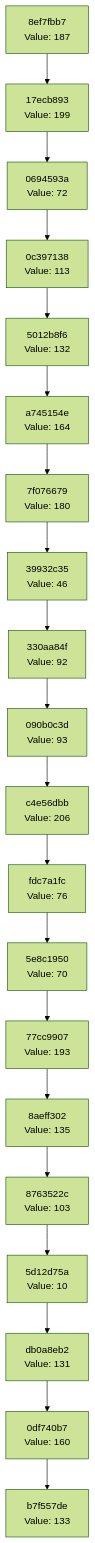
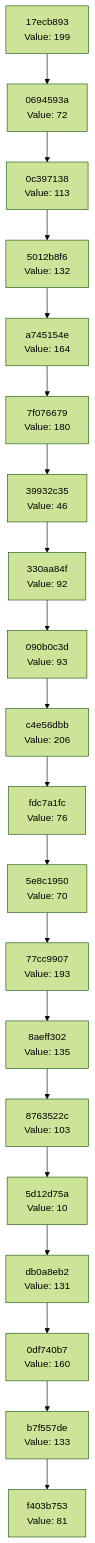
One commit to Abhisheksinha1506/hash-chain-evolver changed the diagram in docs/CHAIN_VISUALIZATION.md. Above: the diagram before and after it, drawn with Mermaid (forest theme). The commit also changed 2 other files, not shown here.

Commit message:
Evolution step: hash 0x51 → action executed

````diff
--- a/docs/CHAIN_VISUALIZATION.md
+++ b/docs/CHAIN_VISUALIZATION.md
@@ -3,42 +3,42 @@
 ```mermaid
 graph TD
-    C0["b7f557de<br/>Value: 133"]
-    C1["0df740b7<br/>Value: 160"]
+    C0["f403b753<br/>Value: 81"]
+    C1["b7f557de<br/>Value: 133"]
     C1 --> C0
-    C2["db0a8eb2<br/>Value: 131"]
+    C2["0df740b7<br/>Value: 160"]
     C2 --> C1
-    C3["5d12d75a<br/>Value: 10"]
+    C3["db0a8eb2<br/>Value: 131"]
     C3 --> C2
-    C4["8763522c<br/>Value: 103"]
+    C4["5d12d75a<br/>Value: 10"]
     C4 --> C3
-    C5["8aeff302<br/>Value: 135"]
+    C5["8763522c<br/>Value: 103"]
     C5 --> C4
-    C6["77cc9907<br/>Value: 193"]
+    C6["8aeff302<br/>Value: 135"]
     C6 --> C5
-    C7["5e8c1950<br/>Value: 70"]
+    C7["77cc9907<br/>Value: 193"]
     C7 --> C6
-    C8["fdc7a1fc<br/>Value: 76"]
+    C8["5e8c1950<br/>Value: 70"]
     C8 --> C7
-    C9["c4e56dbb<br/>Value: 206"]
+    C9["fdc7a1fc<br/>Value: 76"]
     C9 --> C8
-    C10["090b0c3d<br/>Value: 93"]
+    C10["c4e56dbb<br/>Value: 206"]
     C10 --> C9
-    C11["330aa84f<br/>Value: 92"]
+    C11["090b0c3d<br/>Value: 93"]
     C11 --> C10
-    C12["39932c35<br/>Value: 46"]
+    C12["330aa84f<br/>Value: 92"]
     C12 --> C11
-    C13["7f076679<br/>Value: 180"]
+    C13["39932c35<br/>Value: 46"]
     C13 --> C12
-    C14["a745154e<br/>Value: 164"]
+    C14["7f076679<br/>Value: 180"]
     C14 --> C13
-    C15["5012b8f6<br/>Value: 132"]
+    C15["a745154e<br/>Value: 164"]
     C15 --> C14
-    C16["0c397138<br/>Value: 113"]
+    C16["5012b8f6<br/>Value: 132"]
     C16 --> C15
-    C17["0694593a<br/>Value: 72"]
+    C17["0c397138<br/>Value: 113"]
     C17 --> C16
-    C18["17ecb893<br/>Value: 199"]
+    C18["0694593a<br/>Value: 72"]
     C18 --> C17
-    C19["8ef7fbb7<br/>Value: 187"]
+    C19["17ecb893<br/>Value: 199"]
     C19 --> C18
 ```
````
